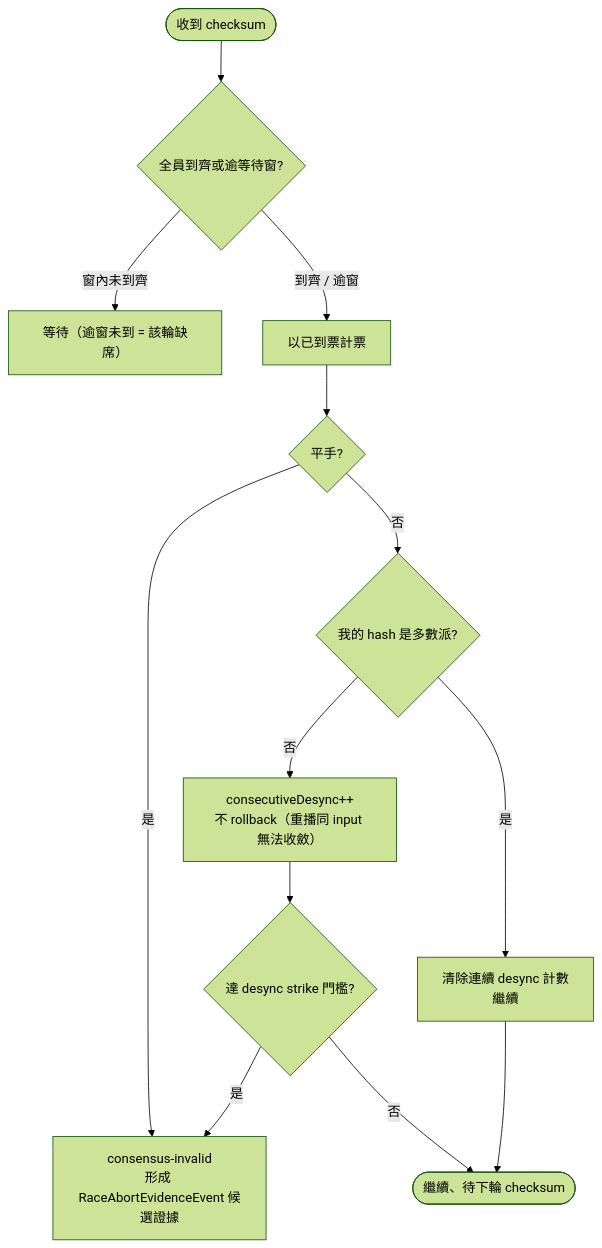
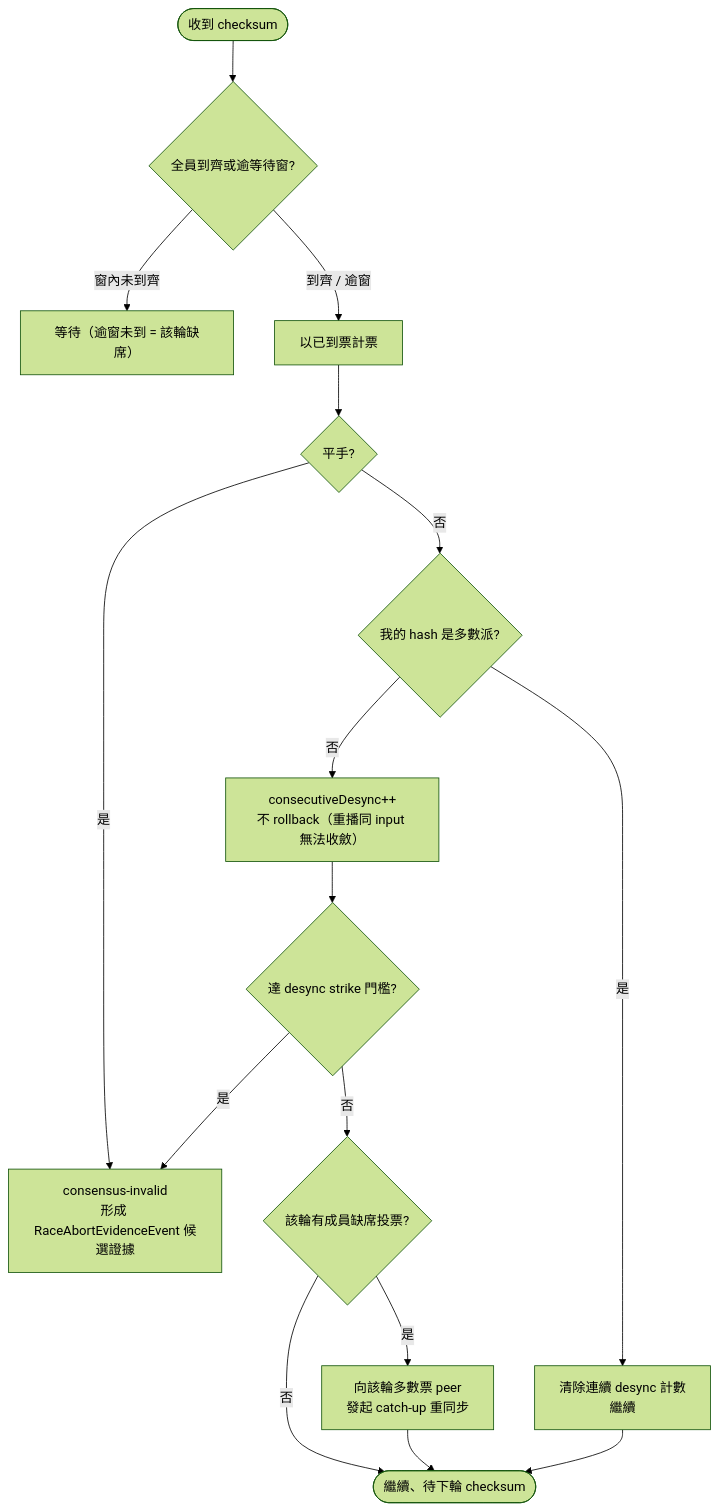
The second of 6 diagrams in 程式架構/程式流程/network-sync.md (xjustloveux/open-4wd-specs), drawn with Mermaid (forest theme) before and after one commit. The commit also changed 11 other files, not shown here.

````diff
--- a/程式架構/程式流程/network-sync.md
+++ b/程式架構/程式流程/network-sync.md
@@ -52,15 +52,18 @@
 ```mermaid
 flowchart TD
     Start([收到 checksum]) --> Wait{全員到齊或逾等待窗?}
     Wait -->|窗內未到齊| WaitMore[等待（逾窗未到 = 該輪缺席）]
     Wait -->|到齊 / 逾窗| Count[以已到票計票]
     Count --> Tied{平手?}
     Tied -->|是| Invalid[consensus-invalid<br/>形成 RaceAbortEvidenceEvent 候選證據]
     Tied -->|否| MyMatch{我的 hash 是多數派?}
     MyMatch -->|是| Reset[清除連續 desync 計數<br/>繼續]
     MyMatch -->|否| Inc[consecutiveDesync++<br/>不 rollback（重播同 input 無法收斂）]
     Inc --> Limit{達 desync strike 門檻?}
     Limit -->|是| Invalid
-    Limit -->|否| Done([繼續、待下輪 checksum])
+    Limit -->|否| Absent{該輪有成員缺席投票?}
+    Absent -->|是| Resync[向該輪多數票 peer<br/>發起 catch-up 重同步]
+    Absent -->|否| Done([繼續、待下輪 checksum])
+    Resync --> Done
     Reset --> Done
 ```
````
